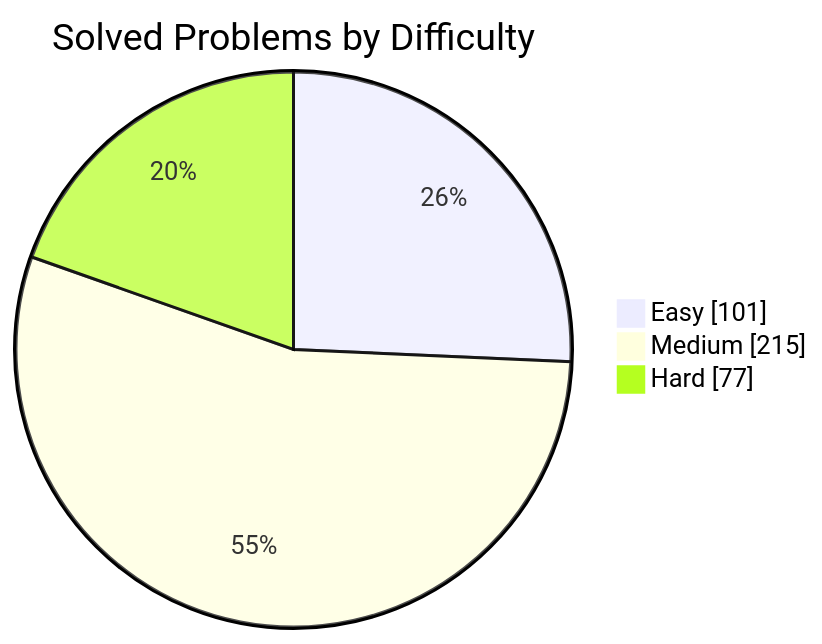
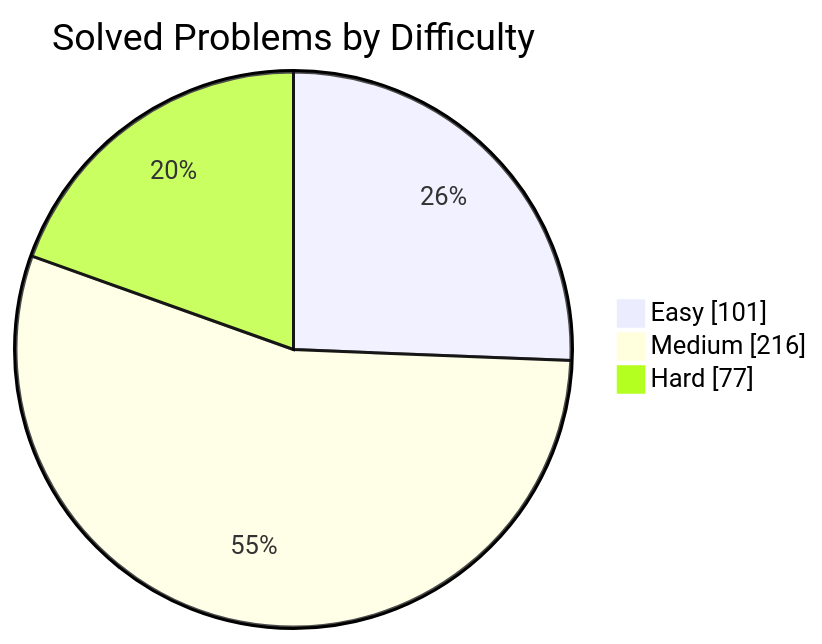
One commit to manikantbindass/DSA-Preparation-FAANG changed the first of 2 diagrams in README.md. Above: the diagram before and after it, drawn with Mermaid. The commit also changed other lines of this file and 1 other file, not shown here.

````diff
--- a/README.md
+++ b/README.md
@@ -77,7 +77,7 @@
 ```mermaid
 pie showData
     title Solved Problems by Difficulty
     "Easy" : 101
-    "Medium" : 215
+    "Medium" : 216
     "Hard" : 77
 ```
````
